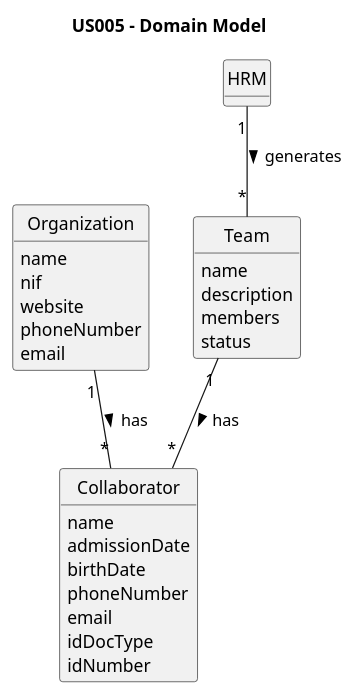
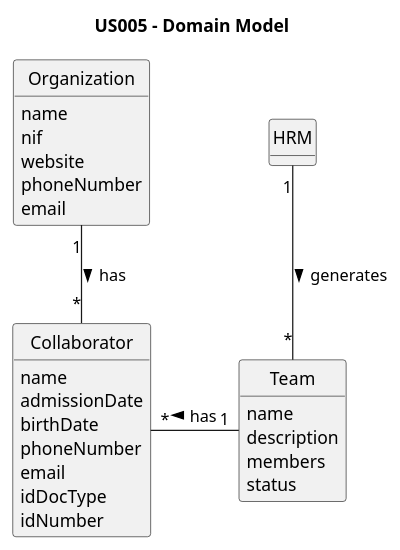
The diagram in docs/sprintA/us005/02.analysis/puml/us005-domain-model.puml (Rui-San/LAPR2_2023_2024), drawn with PlantUML before and after one commit. The commit also changed 2 other files, not shown here.

```diff
--- a/docs/sprintA/us005/02.analysis/puml/us005-domain-model.puml
+++ b/docs/sprintA/us005/02.analysis/puml/us005-domain-model.puml
@@ -1,42 +1,42 @@
 @startuml
 skinparam monochrome true
 skinparam packageStyle rectangle
 skinparam shadowing false
 'skinparam linetype ortho
 
 
 skinparam classAttributeIconSize 0
 hide circle
 hide methods
 
 title US005 - Domain Model
 
 class Organization {
     name
     nif
     website
     phoneNumber
     email
 }
 
 class Team{
     name
     description
     members
     status
 }
 
 class Collaborator{
     name
     admissionDate
     birthDate
     phoneNumber
     email
     idDocType
     idNumber
 }
 
 Organization "1" -- "*" Collaborator : "has >"
-Team "1" -- "*" Collaborator : "has >"
+Team "1" --left "*" Collaborator : "has >"
 HRM "1" -- "*" Team : "generates >"
 @enduml
```
